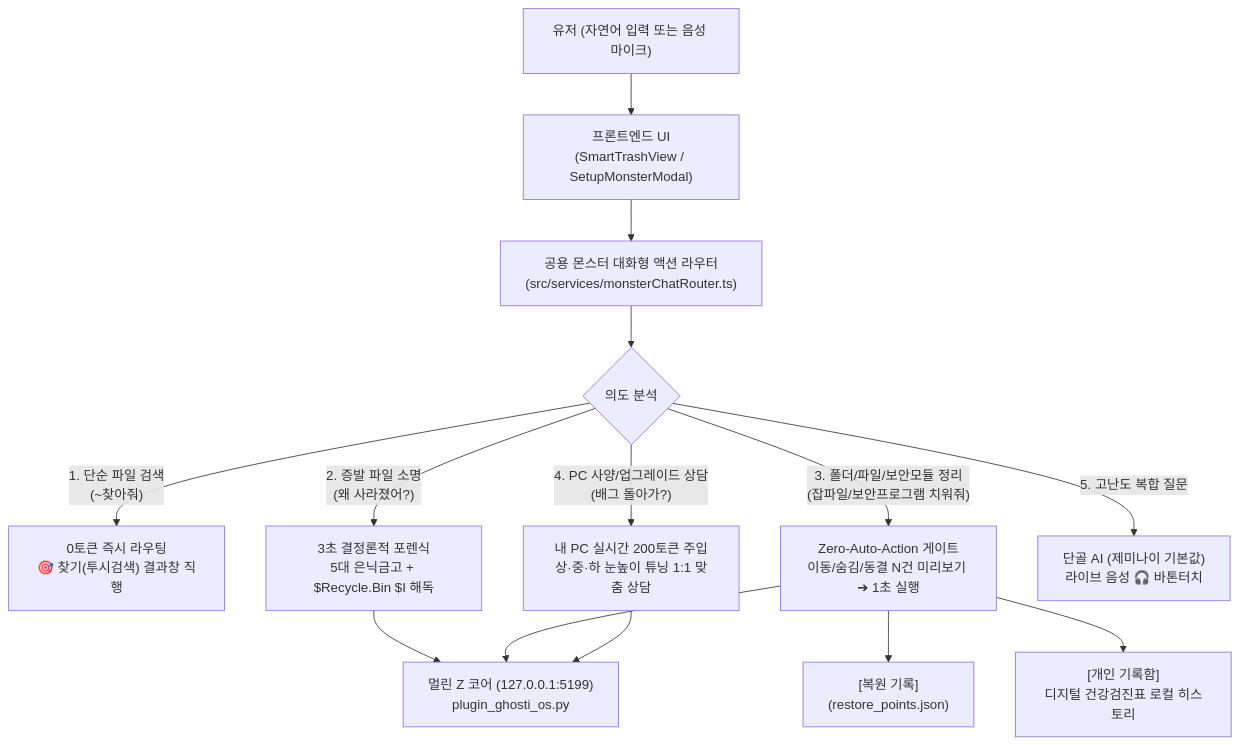
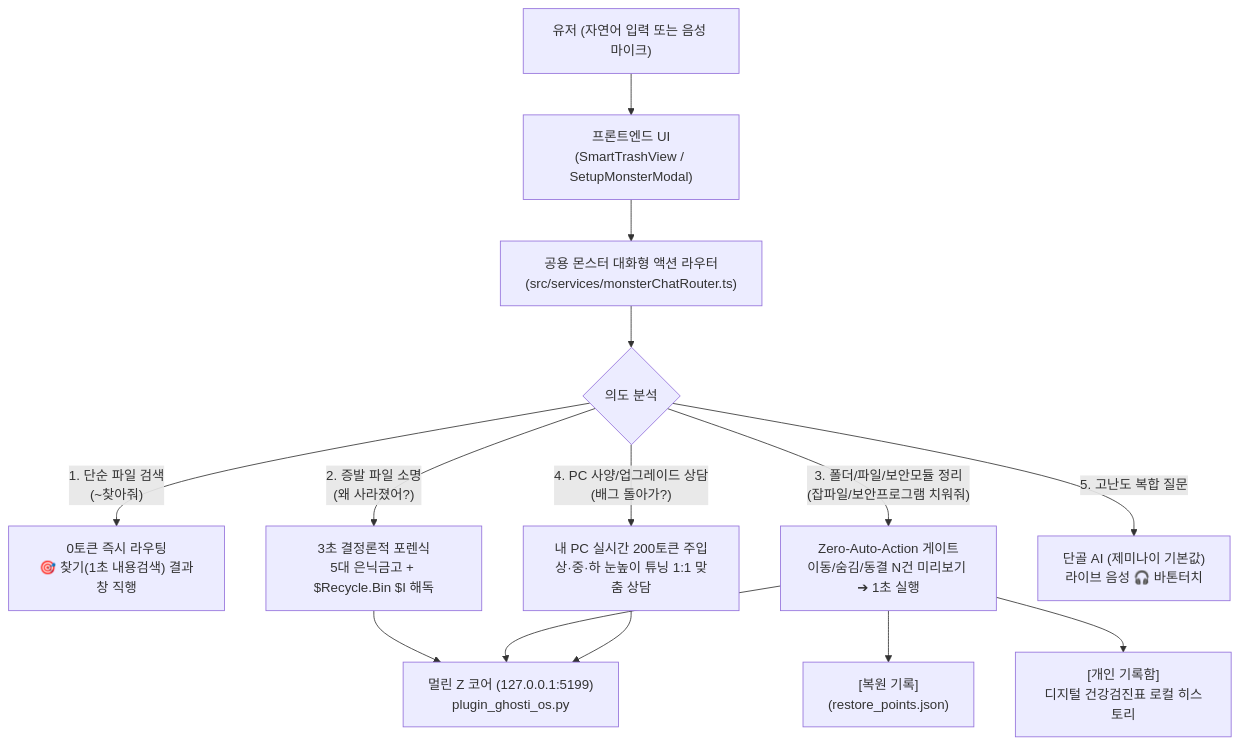
Before and after one commit to Han-jinwook/Ghosti: the diagram in docs/손보기_최종기획안.md, drawn with Mermaid. The commit also changed other lines of this file and 52 other files, not shown here.

````diff
--- a/docs/손보기_최종기획안.md
+++ b/docs/손보기_최종기획안.md
@@ -76,20 +76,20 @@
 ```mermaid
 flowchart TD
     User["유저 (자연어 입력 또는 음성 마이크)"] --> UI["프론트엔드 UI<br>(SmartTrashView / SetupMonsterModal)"]
     UI --> Router["공용 몬스터 대화형 액션 라우터<br>(src/services/monsterChatRouter.ts)"]
     
     Router --> IntentA{"의도 분석"}
     
-    IntentA -->|"1. 단순 파일 검색<br>(~찾아줘)"| SearchIntent["0토큰 즉시 라우팅<br>🎯 찾기(투시검색) 결과창 직행"]
+    IntentA -->|"1. 단순 파일 검색<br>(~찾아줘)"| SearchIntent["0토큰 즉시 라우팅<br>🎯 찾기(1초 내용검색) 결과창 직행"]
     IntentA -->|"2. 증발 파일 소명<br>(왜 사라졌어?)"| ForensicScan["3초 결정론적 포렌식<br>5대 은닉금고 + $Recycle.Bin $I 해독"]
     IntentA -->|"3. 폴더/파일/보안모듈 정리<br>(잡파일/보안프로그램 치워줘)"| FolderClean["Zero-Auto-Action 게이트<br>이동/숨김/동결 N건 미리보기 ➔ 1초 실행"]
     IntentA -->|"4. PC 사양/업그레이드 상담<br>(배그 돌아가?)"| SpecConsult["내 PC 실시간 200토큰 주입<br>상·중·하 눈높이 튜닝 1:1 맞춤 상담"]
     IntentA -->|"5. 고난도 복합 질문"| BatonTouch["단골 AI (제미나이 기본값)<br>라이브 음성 🎧 바톤터치"]
 
     ForensicScan --> ZCore["멀린 Z 코어 (127.0.0.1:5199)<br>plugin_ghosti_os.py"]
     FolderClean --> ZCore
     SpecConsult --> ZCore
 
     FolderClean --> RestorePoints["[복원 기록]<br>(restore_points.json)"]
     FolderClean --> HealthChart["[개인 기록함]<br>디지털 건강검진표 로컬 히스토리"]
 ```
````
